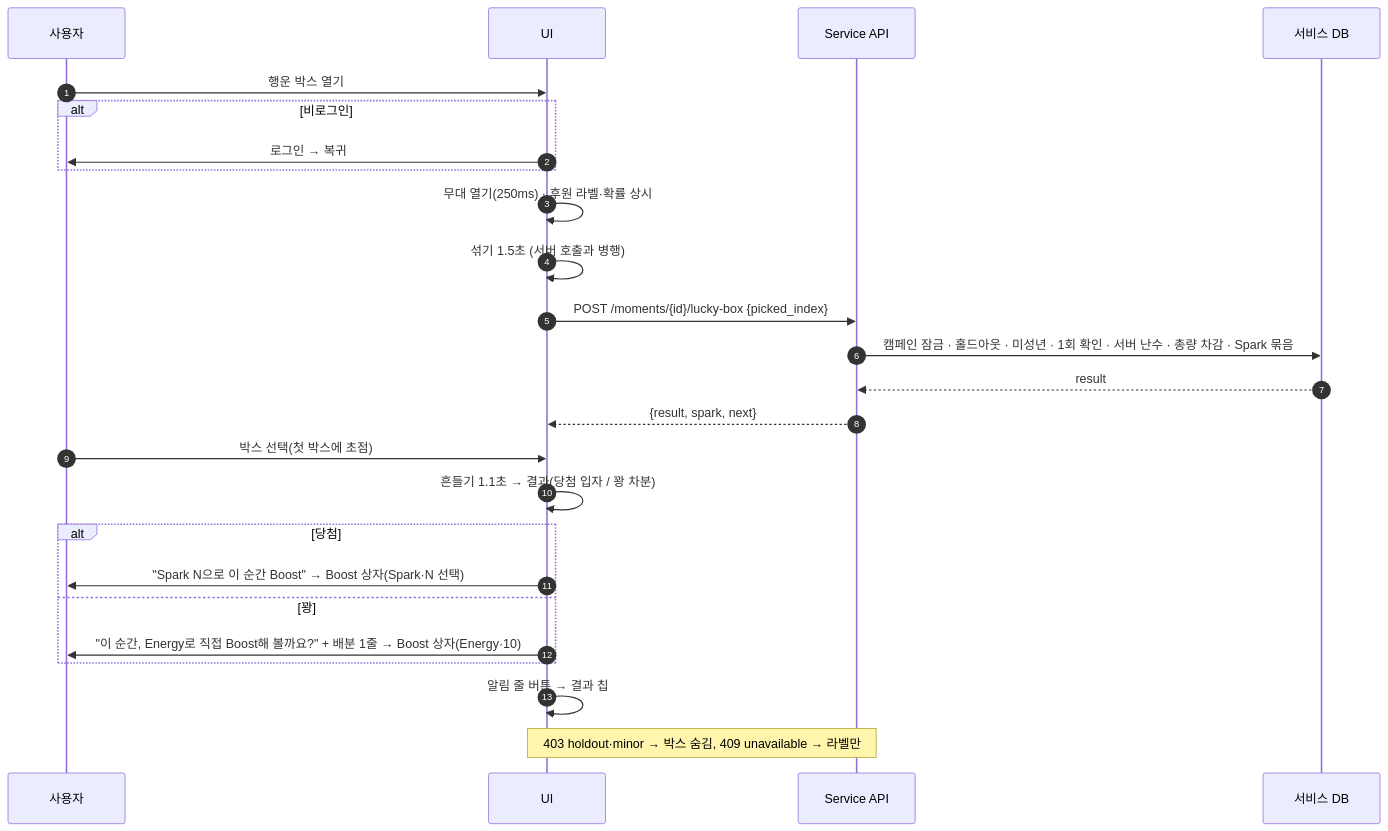
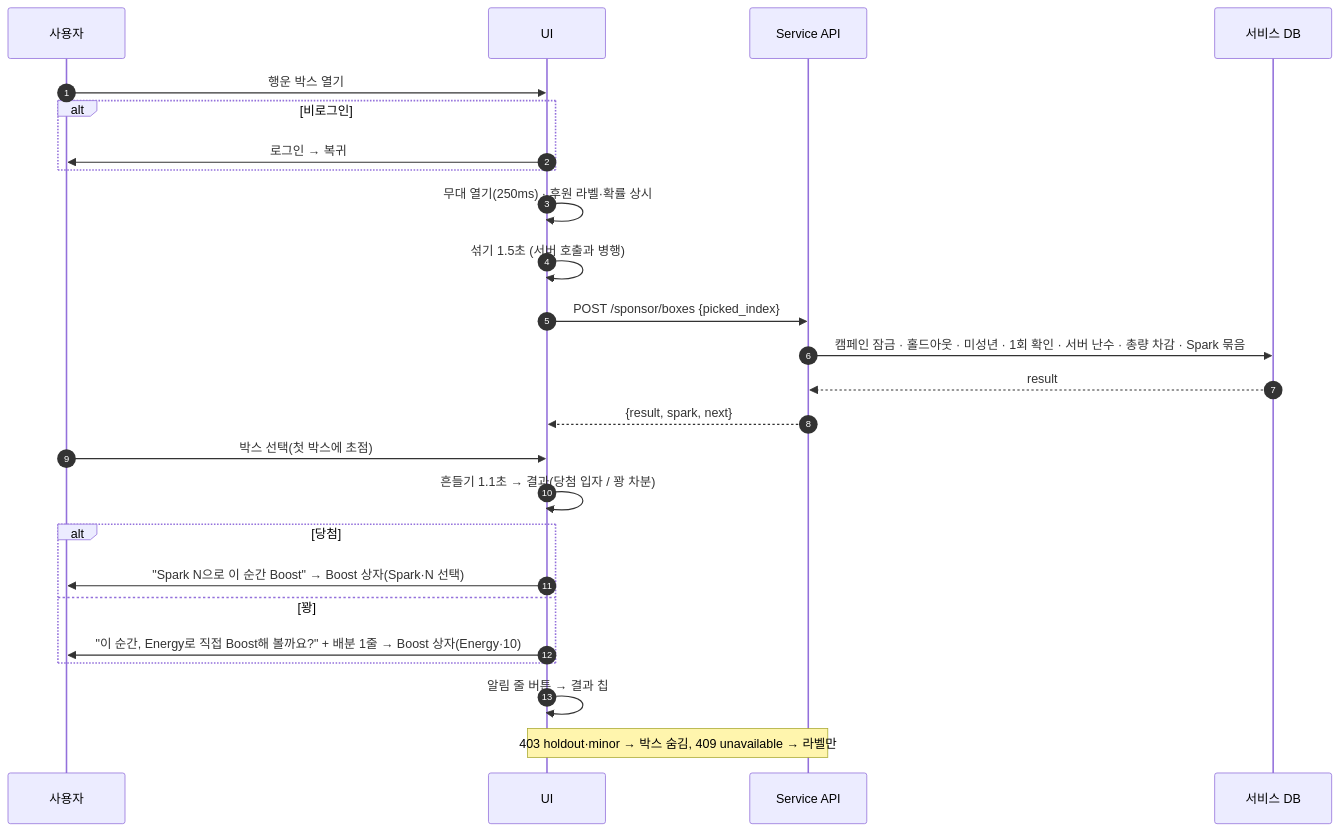
Before and after one commit to yhc-pie/rorr-hero: the fifth of 16 diagrams in handoff/11-flowcharts.md, drawn with Mermaid. The commit also changed other lines of this file and 25 other files, not shown here.

````diff
--- a/handoff/11-flowcharts.md
+++ b/handoff/11-flowcharts.md
@@ -143,27 +143,27 @@
 ```mermaid
 sequenceDiagram
   autonumber
   participant U as 사용자
   participant FE as UI
   participant API as Service API
   participant DB as 서비스 DB
   U->>FE: 행운 박스 열기
   alt 비로그인
     FE->>U: 로그인 → 복귀
   end
   FE->>FE: 무대 열기(250ms) · 후원 라벨·확률 상시
   FE->>FE: 섞기 1.5초 (서버 호출과 병행)
-  FE->>API: POST /moments/{id}/lucky-box {picked_index}
+  FE->>API: POST /sponsor/boxes {picked_index}
   API->>DB: 캠페인 잠금 · 홀드아웃 · 미성년 · 1회 확인 · 서버 난수 · 총량 차감 · Spark 묶음
   DB-->>API: result
   API-->>FE: {result, spark, next}
   U->>FE: 박스 선택(첫 박스에 초점)
   FE->>FE: 흔들기 1.1초 → 결과(당첨 입자 / 꽝 차분)
   alt 당첨
     FE->>U: "Spark N으로 이 순간 Boost" → Boost 상자(Spark·N 선택)
   else 꽝
     FE->>U: "이 순간, Energy로 직접 Boost해 볼까요?" + 배분 1줄 → Boost 상자(Energy·10)
   end
   FE->>FE: 알림 줄 버튼 → 결과 칩
   Note over FE,API: 403 holdout·minor → 박스 숨김, 409 unavailable → 라벨만
 ```
````
